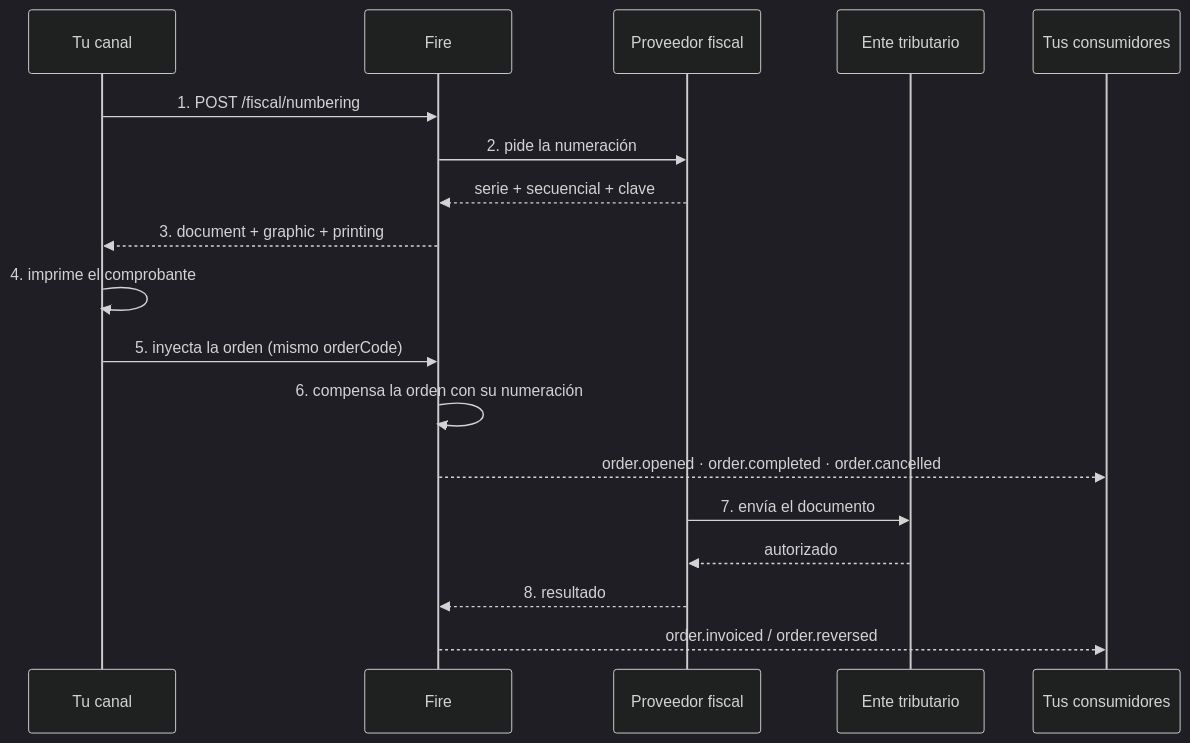
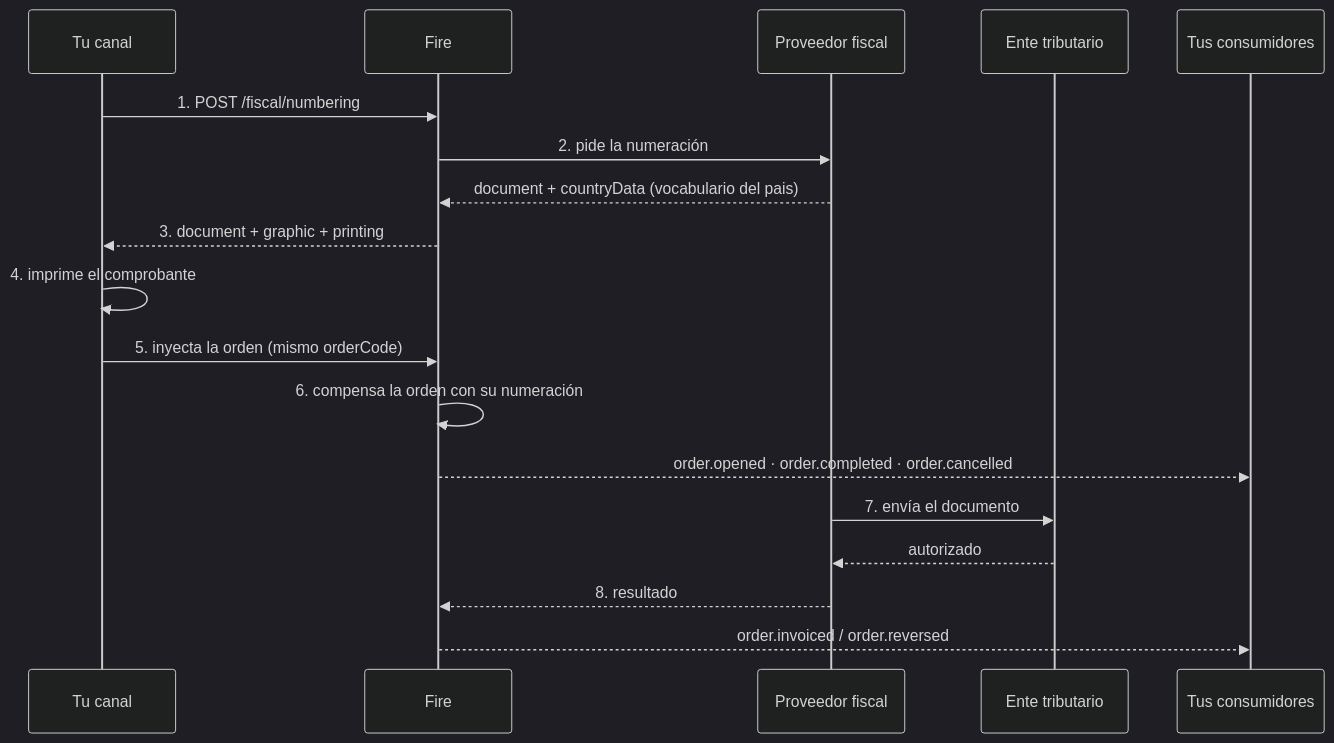
One commit to fire-rest/documentation changed the diagram in es/guides/fiscal-integration.mdx. Above: the diagram before and after it, drawn with Mermaid (dark theme). The commit also changed other lines of this file and 32 other files, not shown here.

````diff
--- a/es/guides/fiscal-integration.mdx
+++ b/es/guides/fiscal-integration.mdx
@@ -38,21 +38,21 @@
 ```mermaid
 sequenceDiagram
     participant POS as Tu canal
     participant Fire
     participant Prov as Proveedor fiscal
     participant Ente as Ente tributario
     participant Cons as Tus consumidores
 
     POS->>Fire: 1. POST /fiscal/numbering
     Fire->>Prov: 2. pide la numeración
-    Prov-->>Fire: serie + secuencial + clave
+    Prov-->>Fire: document + countryData (vocabulario del pais)
     Fire-->>POS: 3. document + graphic + printing
     POS->>POS: 4. imprime el comprobante
     POS->>Fire: 5. inyecta la orden (mismo orderCode)
     Fire->>Fire: 6. compensa la orden con su numeración
     Fire-->>Cons: order.opened · order.completed · order.cancelled
     Prov->>Ente: 7. envía el documento
     Ente-->>Prov: autorizado
     Prov-->>Fire: 8. resultado
     Fire-->>Cons: order.invoiced / order.reversed
 ```
````
